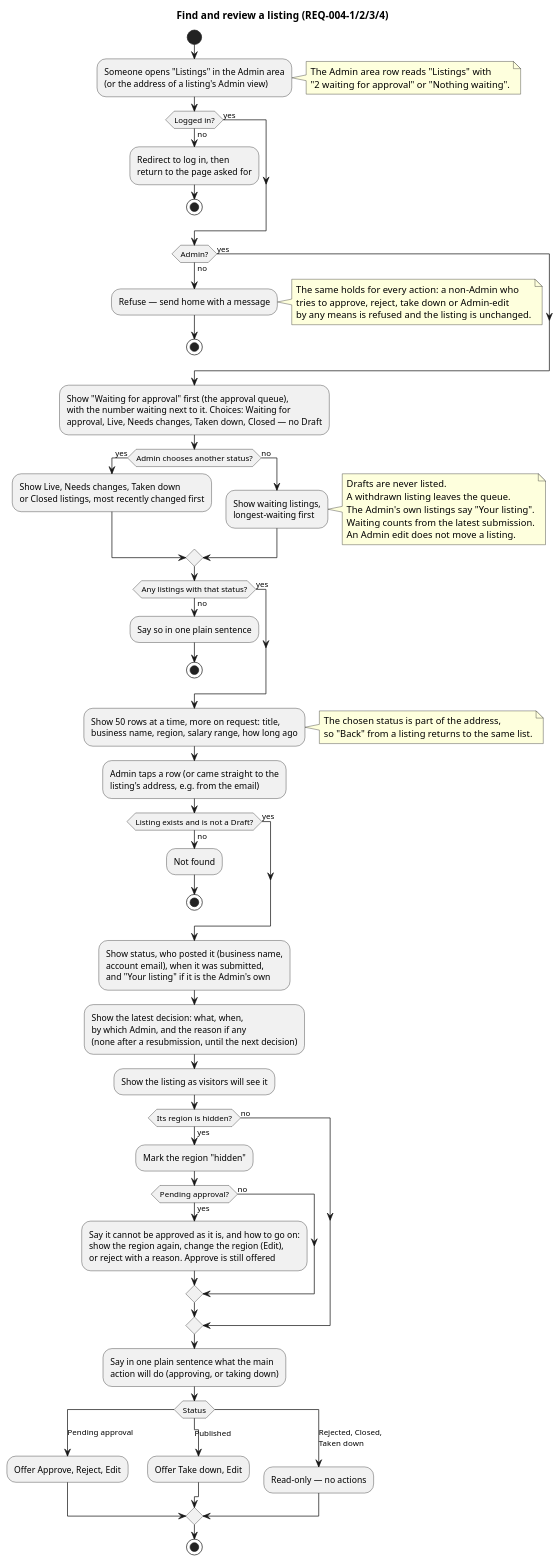
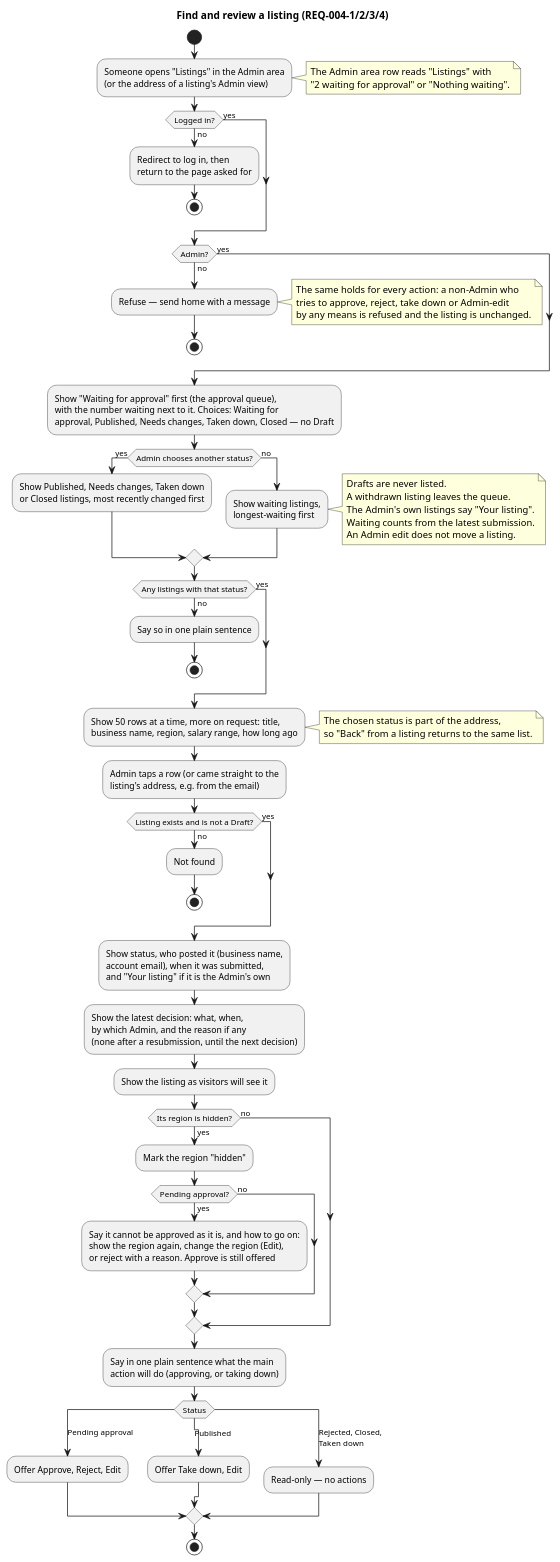
The diagram in docs/specs/004-listings-admin-moderation/diagrams/activity-find-and-review.puml (raseniero/jairojobs-elixir), drawn with PlantUML before and after one commit. The commit also changed 38 other files, not shown here.

Commit message:
refactor(listings): the Published status is called "Published" on screens, in email and in the Admin list's address, no longer "Live" (REQ-003-9, REQ-003-10, REQ-004-3, REQ-004-7, REQ-004-9)

```diff
--- a/docs/specs/004-listings-admin-moderation/diagrams/activity-find-and-review.puml
+++ b/docs/specs/004-listings-admin-moderation/diagrams/activity-find-and-review.puml
@@ -1,91 +1,91 @@
 @startuml activity-find-and-review
 ' Spec 004 — who may moderate, the queue, listings by status, the Admin view (REQ-004-1, -2, -3, -4)
 title Find and review a listing (REQ-004-1/2/3/4)
 
 start
 :Someone opens "Listings" in the Admin area
 (or the address of a listing's Admin view);
 note right
   The Admin area row reads "Listings" with
   "2 waiting for approval" or "Nothing waiting".
 end note
 if (Logged in?) then (no)
   :Redirect to log in, then
   return to the page asked for;
   stop
 else (yes)
 endif
 if (Admin?) then (no)
   :Refuse — send home with a message;
   note right
     The same holds for every action: a non-Admin who
     tries to approve, reject, take down or Admin-edit
     by any means is refused and the listing is unchanged.
   end note
   stop
 else (yes)
 endif
 :Show "Waiting for approval" first (the approval queue),
 with the number waiting next to it. Choices: Waiting for
-approval, Live, Needs changes, Taken down, Closed — no Draft;
+approval, Published, Needs changes, Taken down, Closed — no Draft;
 if (Admin chooses another status?) then (yes)
-  :Show Live, Needs changes, Taken down
+  :Show Published, Needs changes, Taken down
   or Closed listings, most recently changed first;
 else (no)
   :Show waiting listings,
   longest-waiting first;
   note right
     Drafts are never listed.
     A withdrawn listing leaves the queue.
     The Admin's own listings say "Your listing".
     Waiting counts from the latest submission.
     An Admin edit does not move a listing.
   end note
 endif
 if (Any listings with that status?) then (no)
   :Say so in one plain sentence;
   stop
 else (yes)
 endif
 :Show 50 rows at a time, more on request: title,
 business name, region, salary range, how long ago;
 note right
   The chosen status is part of the address,
   so "Back" from a listing returns to the same list.
 end note
 :Admin taps a row (or came straight to the
 listing's address, e.g. from the email);
 if (Listing exists and is not a Draft?) then (no)
   :Not found;
   stop
 else (yes)
 endif
 :Show status, who posted it (business name,
 account email), when it was submitted,
 and "Your listing" if it is the Admin's own;
 :Show the latest decision: what, when,
 by which Admin, and the reason if any
 (none after a resubmission, until the next decision);
 :Show the listing as visitors will see it;
 if (Its region is hidden?) then (yes)
   :Mark the region "hidden";
   if (Pending approval?) then (yes)
     :Say it cannot be approved as it is, and how to go on:
     show the region again, change the region (Edit),
     or reject with a reason. Approve is still offered;
   else (no)
   endif
 else (no)
 endif
 :Say in one plain sentence what the main
 action will do (approving, or taking down);
 switch (Status)
 case (Pending approval)
   :Offer Approve, Reject, Edit;
 case (Published)
   :Offer Take down, Edit;
 case (Rejected, Closed,\nTaken down)
   :Read-only — no actions;
 endswitch
 stop
 @enduml
```
